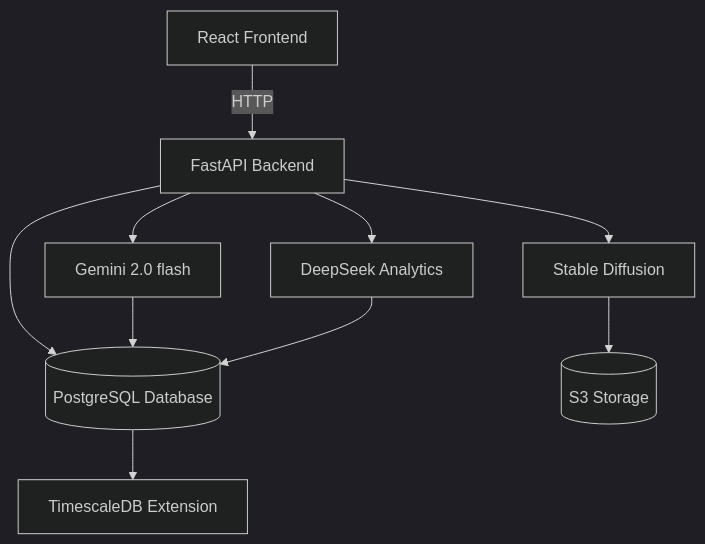
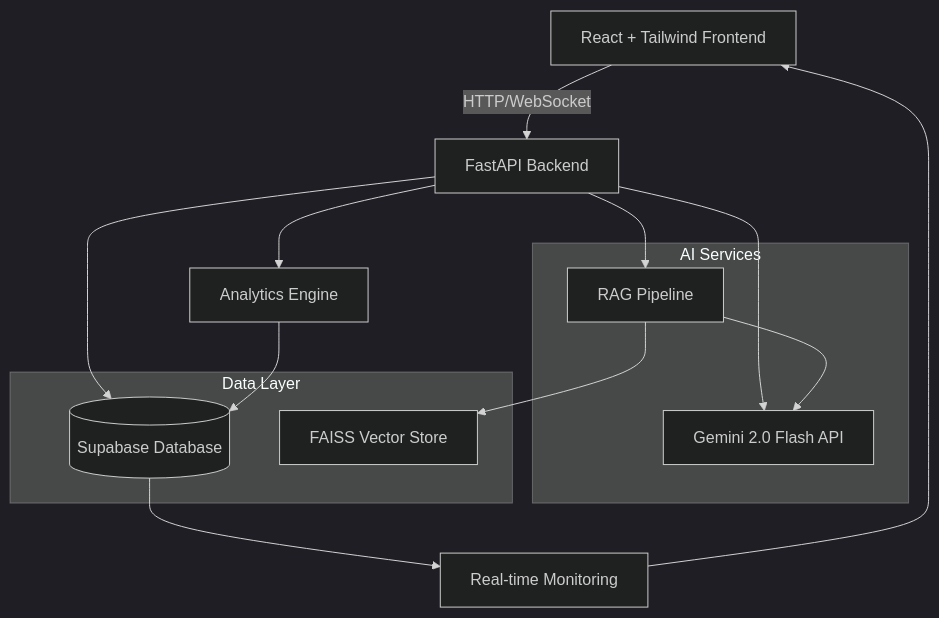
Before and after one commit to kimhongzhang323/UMH25: the diagram in README.md, drawn with Mermaid (dark theme). The commit also changed other lines of this file, not shown here.

````diff
--- a/README.md
+++ b/README.md
@@ -107,12 +107,23 @@
 ```mermaid
 graph TD
-    A[React Frontend] -->|HTTP| B[FastAPI Backend]
-    B --> C[Gemini 2.0 flash]
-    B --> D[Stable Diffusion]
-    B --> E[DeepSeek Analytics]
-    B --> F[(PostgreSQL Database)]
-    C --> F
-    D --> G[(S3 Storage)]
-    E --> F
-    F --> H[TimescaleDB Extension]
+  A[React + Tailwind Frontend] -->|HTTP/WebSocket| B[FastAPI Backend]
+  B --> C[Gemini 2.0 Flash API]
+  B --> E[Analytics Engine]
+  B --> F[(Supabase Database)]
+  B --> G[RAG Pipeline]
+  G --> H[FAISS Vector Store]
+  G --> C
+  E --> F
+  F --> I[Real-time Monitoring]
+  I --> A
+
+  subgraph "AI Services"
+    C
+    G
+  end
+
+  subgraph "Data Layer"
+    F
+    H
+  end
 ```
````
